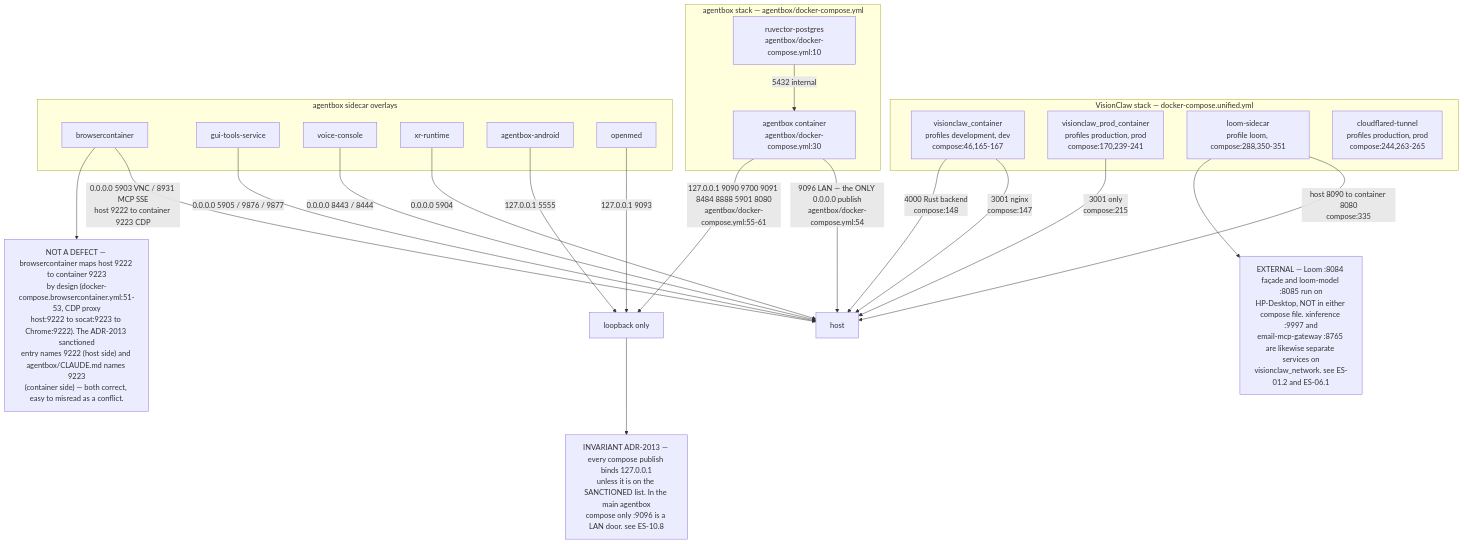
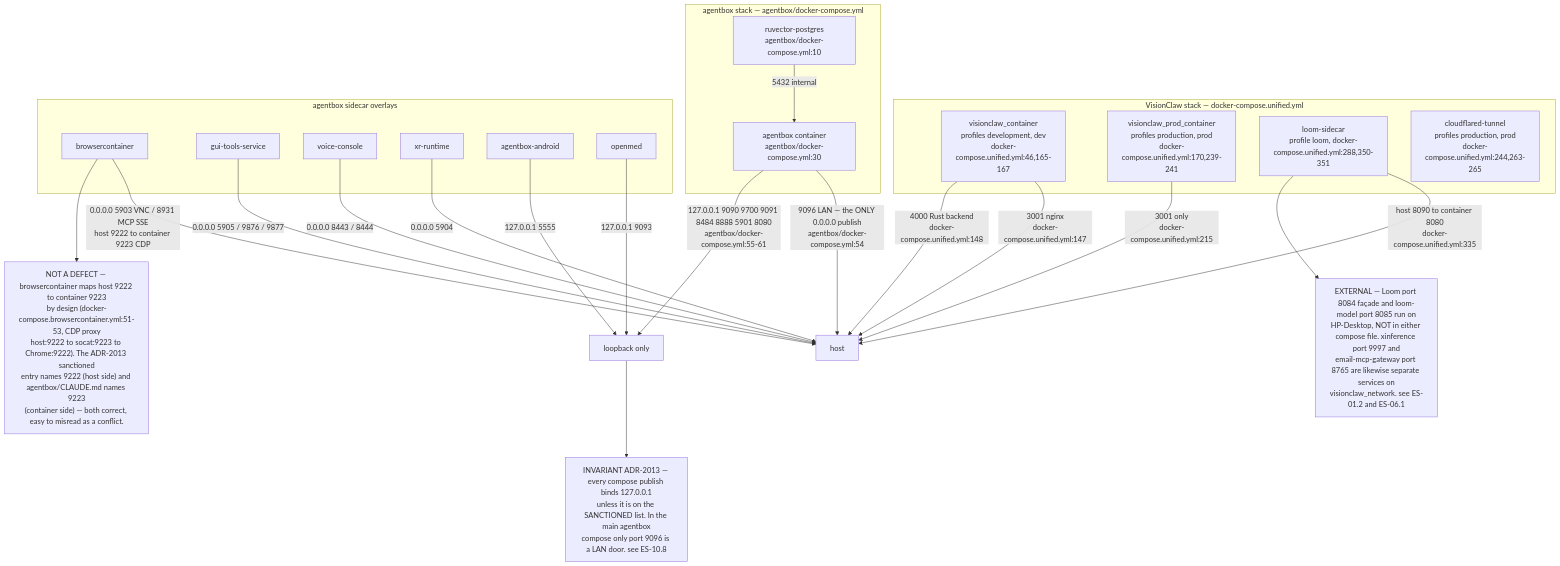
Before and after one commit to DreamLab-AI/VisionFlow: the third of 6 diagrams in docs/diagrams/estate/01-estate-topology.md, drawn with Mermaid. The commit also changed other lines of this file and 51 other files, not shown here.

First line of the commit message:
docs(diagrams): agentbox AB-01..13 re-attested anchor by anchor (980 anchors, 22 defects); checkpoint against an out-of-mesh writer

````diff
--- a/docs/diagrams/estate/01-estate-topology.md
+++ b/docs/diagrams/estate/01-estate-topology.md
@@ -111,43 +111,43 @@
 ```mermaid
 flowchart TB
     subgraph vcstack["VisionClaw stack — docker-compose.unified.yml"]
-        VCD["visionclaw_container<br/>profiles development, dev<br/>compose:46,165-167"]
-        VCP["visionclaw_prod_container<br/>profiles production, prod<br/>compose:170,239-241"]
-        LOOMB["loom-sidecar<br/>profile loom, compose:288,350-351"]
-        CFT["cloudflared-tunnel<br/>profiles production, prod<br/>compose:244,263-265"]
+        VCD["visionclaw_container<br/>profiles development, dev<br/>docker-compose.unified.yml:46,165-167"]
+        VCP["visionclaw_prod_container<br/>profiles production, prod<br/>docker-compose.unified.yml:170,239-241"]
+        LOOMB["loom-sidecar<br/>profile loom, docker-compose.unified.yml:288,350-351"]
+        CFT["cloudflared-tunnel<br/>profiles production, prod<br/>docker-compose.unified.yml:244,263-265"]
     end
     subgraph abstack["agentbox stack — agentbox/docker-compose.yml"]
         ABC["agentbox container<br/>agentbox/docker-compose.yml:30"]
         RPG["ruvector-postgres<br/>agentbox/docker-compose.yml:10"]
     end
     subgraph sidecars["agentbox sidecar overlays"]
         BC["browsercontainer"]
         GT["gui-tools-service"]
         VCON["voice-console"]
         XRR["xr-runtime"]
         AND["agentbox-android"]
         OM["openmed"]
     end
 
-    VCD -->|"3001 nginx<br/>compose:147"| EXT1["host"]
-    VCD -->|"4000 Rust backend<br/>compose:148"| EXT1
-    VCP -->|"3001 only<br/>compose:215"| EXT1
-    LOOMB -->|"host 8090 to container 8080<br/>compose:335"| EXT1
+    VCD -->|"3001 nginx<br/>docker-compose.unified.yml:147"| EXT1["host"]
+    VCD -->|"4000 Rust backend<br/>docker-compose.unified.yml:148"| EXT1
+    VCP -->|"3001 only<br/>docker-compose.unified.yml:215"| EXT1
+    LOOMB -->|"host 8090 to container 8080<br/>docker-compose.unified.yml:335"| EXT1
     ABC -->|"9096 LAN — the ONLY 0.0.0.0 publish<br/>agentbox/docker-compose.yml:54"| EXT1
     ABC -->|"127.0.0.1 9090 9700 9091 8484 8888 5901 8080<br/>agentbox/docker-compose.yml:55-61"| LOOPBACK["loopback only"]
     RPG -->|"5432 internal"| ABC
     BC -->|"0.0.0.0 5903 VNC / 8931 MCP SSE<br/>host 9222 to container 9223 CDP"| EXT1
     GT -->|"0.0.0.0 5905 / 9876 / 9877"| EXT1
     VCON -->|"0.0.0.0 8443 / 8444"| EXT1
     XRR -->|"0.0.0.0 5904"| EXT1
     AND -->|"127.0.0.1 5555"| LOOPBACK
     OM -->|"127.0.0.1 9093"| LOOPBACK
 
-    INV["INVARIANT ADR-2013 — every compose publish binds 127.0.0.1<br/>unless it is on the SANCTIONED list. In the main agentbox<br/>compose only :9096 is a LAN door. see ES-10.8"]
+    INV["INVARIANT ADR-2013 — every compose publish binds 127.0.0.1<br/>unless it is on the SANCTIONED list. In the main agentbox<br/>compose only port 9096 is a LAN door. see ES-10.8"]
     D1["NOT A DEFECT — browsercontainer maps host 9222 to container 9223<br/>by design (docker-compose.browsercontainer.yml:51-53, CDP proxy<br/>host:9222 to socat:9223 to Chrome:9222). The ADR-2013 sanctioned<br/>entry names 9222 (host side) and agentbox/CLAUDE.md names 9223<br/>(container side) — both correct, easy to misread as a conflict."]
-    D2["EXTERNAL — Loom :8084 façade and loom-model :8085 run on<br/>HP-Desktop, NOT in either compose file. xinference :9997 and<br/>email-mcp-gateway :8765 are likewise separate services on<br/>visionclaw_network. see ES-01.2 and ES-06.1"]
+    D2["EXTERNAL — Loom port 8084 façade and loom-model port 8085 run on<br/>HP-Desktop, NOT in either compose file. xinference port 9997 and<br/>email-mcp-gateway port 8765 are likewise separate services on<br/>visionclaw_network. see ES-01.2 and ES-06.1"]
 
     LOOPBACK --> INV
     BC --> D1
     LOOMB --> D2
 ```
````
